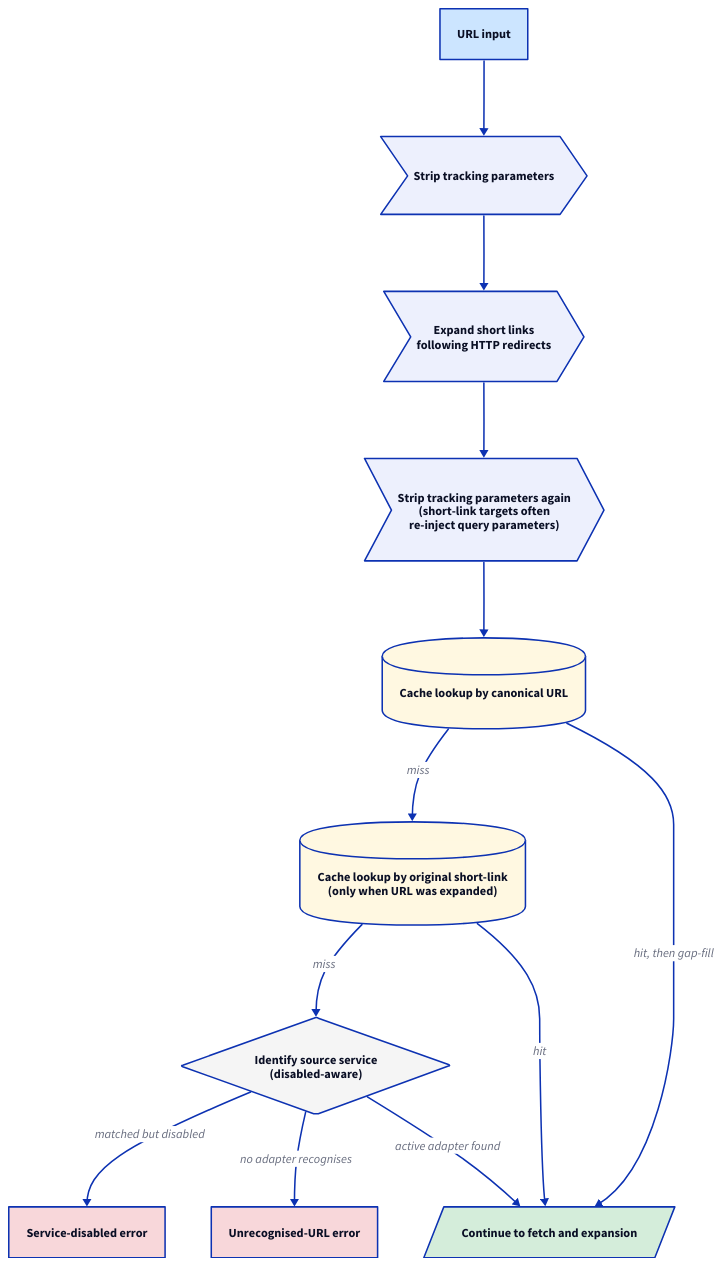
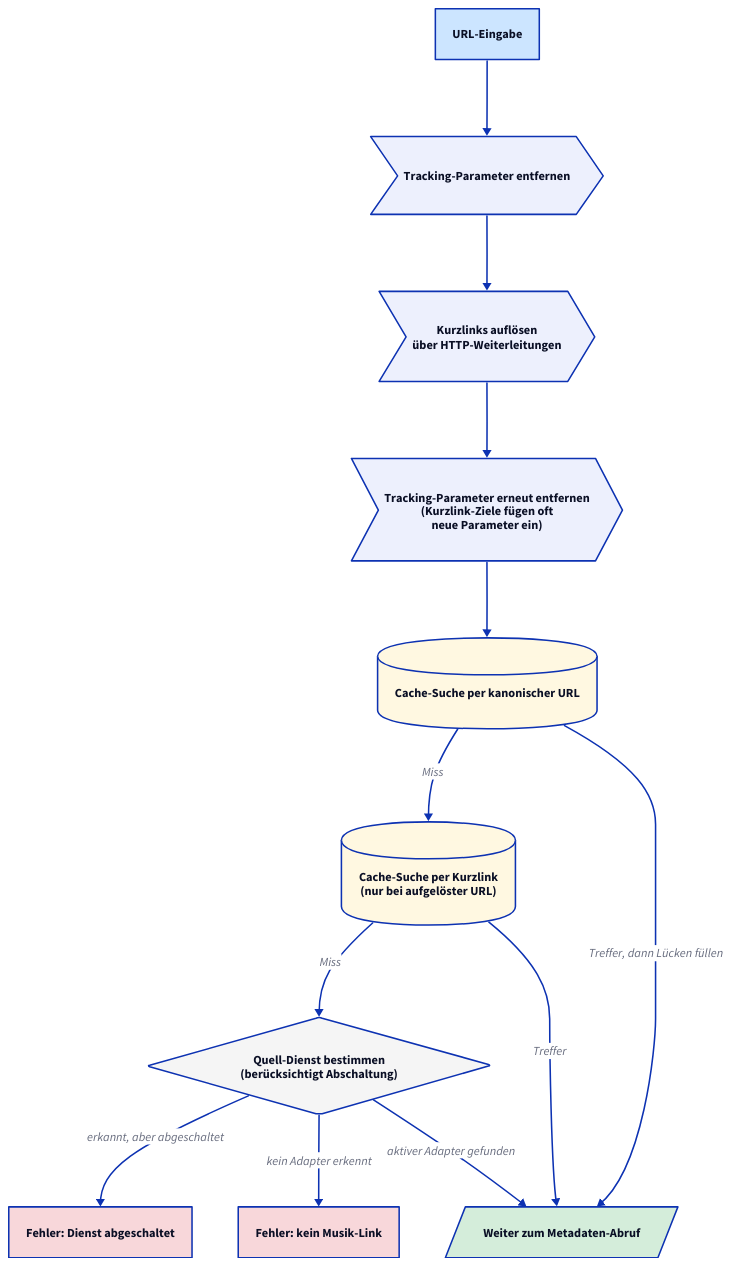
One commit to phranck/musiccloud changed the diagram in docs/resolve-flow/diagrams/01a-url-cache.d2. Above: the diagram before and after it, drawn with D2. The commit also changed 29 other files, not shown here.

First line of the commit message:
Docs: Translate resolve-flow diagrams to German

```diff
--- a/docs/resolve-flow/diagrams/01a-url-cache.d2
+++ b/docs/resolve-flow/diagrams/01a-url-cache.d2
@@ -1,63 +1,63 @@
-# URL flow, part 1: cache lookups and source identification.
+# URL-Pfad, Teil 1: Cache-Stufen und Bestimmung des Quell-Dienstes.
 
 direction: down
 
-input: "URL input" {
+input: "URL-Eingabe" {
   shape: rectangle
   style.fill: "#cce5ff"
 }
 
-strip1: "Strip tracking parameters" {
+strip1: "Tracking-Parameter entfernen" {
   shape: step
 }
 
-expand: "Expand short links\nfollowing HTTP redirects" {
+expand: "Kurzlinks auflösen\nüber HTTP-Weiterleitungen" {
   shape: step
 }
 
-strip2: "Strip tracking parameters again\n(short-link targets often\nre-inject query parameters)" {
+strip2: "Tracking-Parameter erneut entfernen\n(Kurzlink-Ziele fügen oft\nneue Parameter ein)" {
   shape: step
 }
 
 input -> strip1 -> expand -> strip2
 
-cache_url: "Cache lookup by canonical URL" {
+cache_url: "Cache-Suche per kanonischer URL" {
   shape: cylinder
   style.fill: "#fff8e1"
 }
 
-cache_alias: "Cache lookup by original short-link\n(only when URL was expanded)" {
+cache_alias: "Cache-Suche per Kurzlink\n(nur bei aufgelöster URL)" {
   shape: cylinder
   style.fill: "#fff8e1"
 }
 
 strip2 -> cache_url
-cache_url -> cache_alias: "miss"
+cache_url -> cache_alias: "Miss"
 
-identify: "Identify source service\n(disabled-aware)" {
+identify: "Quell-Dienst bestimmen\n(berücksichtigt Abschaltung)" {
   shape: diamond
   style.fill: "#f5f5f5"
 }
 
-err_disabled: "Service-disabled error" {
+err_disabled: "Fehler: Dienst abgeschaltet" {
   shape: rectangle
   style.fill: "#f8d7da"
 }
 
-err_unknown: "Unrecognised-URL error" {
+err_unknown: "Fehler: kein Musik-Link" {
   shape: rectangle
   style.fill: "#f8d7da"
 }
 
-cache_alias -> identify: "miss"
-identify -> err_disabled: "matched but disabled"
-identify -> err_unknown: "no adapter recognises"
+cache_alias -> identify: "Miss"
+identify -> err_disabled: "erkannt, aber abgeschaltet"
+identify -> err_unknown: "kein Adapter erkennt"
 
-next: "Continue to fetch and expansion" {
+next: "Weiter zum Metadaten-Abruf" {
   shape: parallelogram
   style.fill: "#d4edda"
 }
 
-identify -> next: "active adapter found"
-cache_url -> next: "hit, then gap-fill"
-cache_alias -> next: "hit"
+identify -> next: "aktiver Adapter gefunden"
+cache_url -> next: "Treffer, dann Lücken füllen"
+cache_alias -> next: "Treffer"
```
